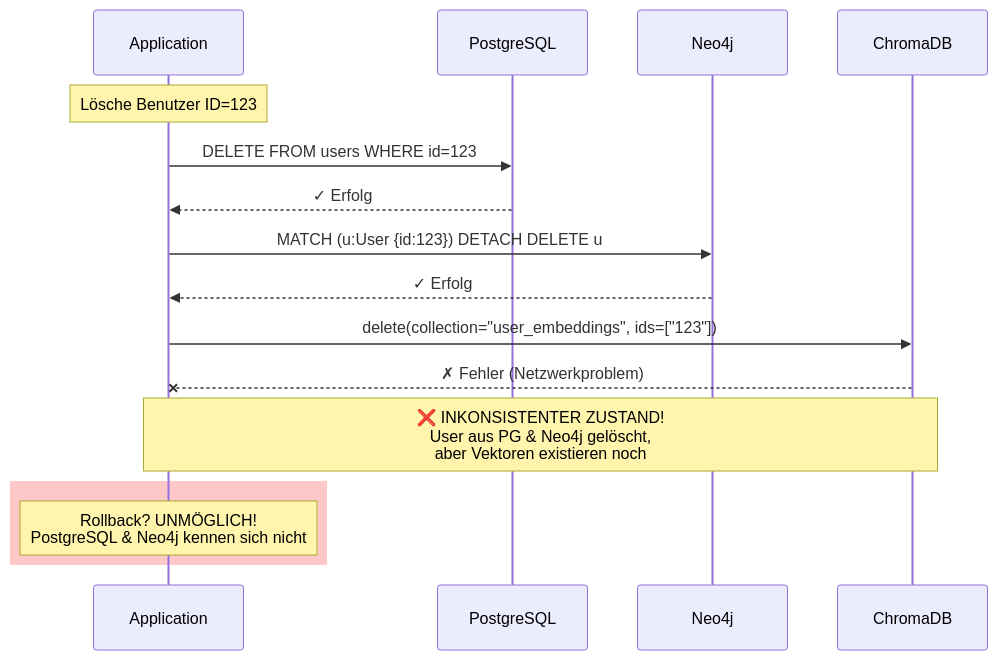
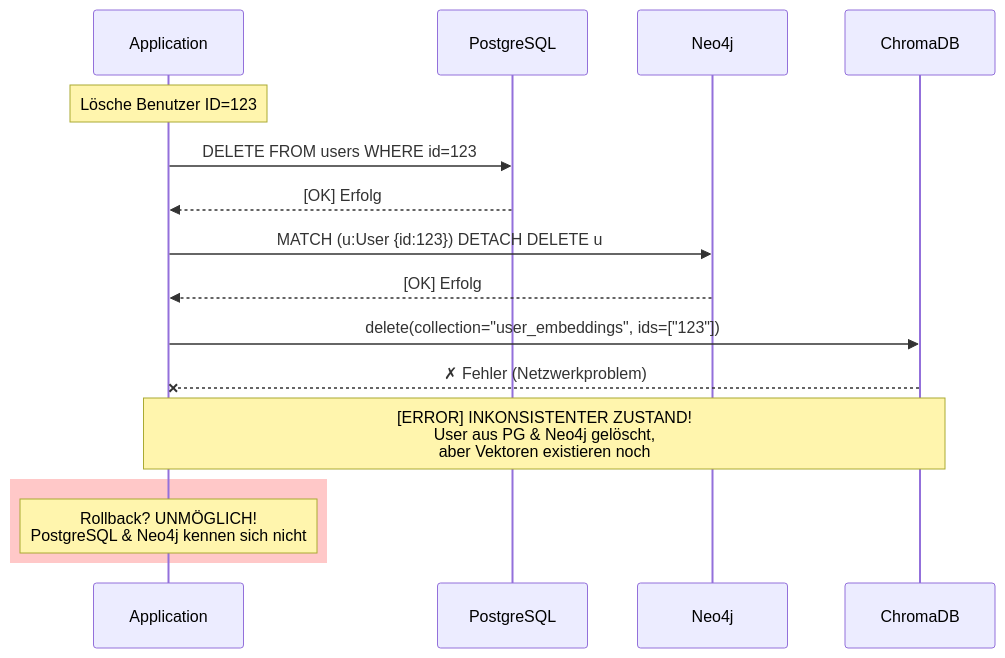
One commit to makr-code/ThemisDB changed the second of 5 diagrams in compendium/chapter_01_introduction.md. Above: the diagram before and after it, drawn with Mermaid. The commit also changed 19 other files, not shown here.

First line of the commit message:
Refactor Mermaid syntax and improve documentation consistency across chapters

````diff
--- a/compendium/chapter_01_introduction.md
+++ b/compendium/chapter_01_introduction.md
@@ -111,24 +111,24 @@
 ```mermaid
 sequenceDiagram
     participant App as Application
     participant PG as PostgreSQL
     participant N4 as Neo4j
     participant CD as ChromaDB
     
     Note over App: Lösche Benutzer ID=123
     
     App->>PG: DELETE FROM users WHERE id=123
-    PG-->>App: ✓ Erfolg
+    PG-->>App: [OK] Erfolg
     
     App->>N4: MATCH (u:User {id:123}) DETACH DELETE u
-    N4-->>App: ✓ Erfolg
+    N4-->>App: [OK] Erfolg
     
     App->>CD: delete(collection="user_embeddings", ids=["123"])
     CD--xApp: ✗ Fehler (Netzwerkproblem)
     
-    Note over App,CD: ❌ INKONSISTENTER ZUSTAND!<br/>User aus PG & Neo4j gelöscht,<br/>aber Vektoren existieren noch
+    Note over App,CD: [ERROR] INKONSISTENTER ZUSTAND!<br/>User aus PG & Neo4j gelöscht,<br/>aber Vektoren existieren noch
     
     rect rgb(255, 200, 200)
     Note over App: Rollback? UNMÖGLICH!<br/>PostgreSQL & Neo4j kennen sich nicht
     end
 ```
````
